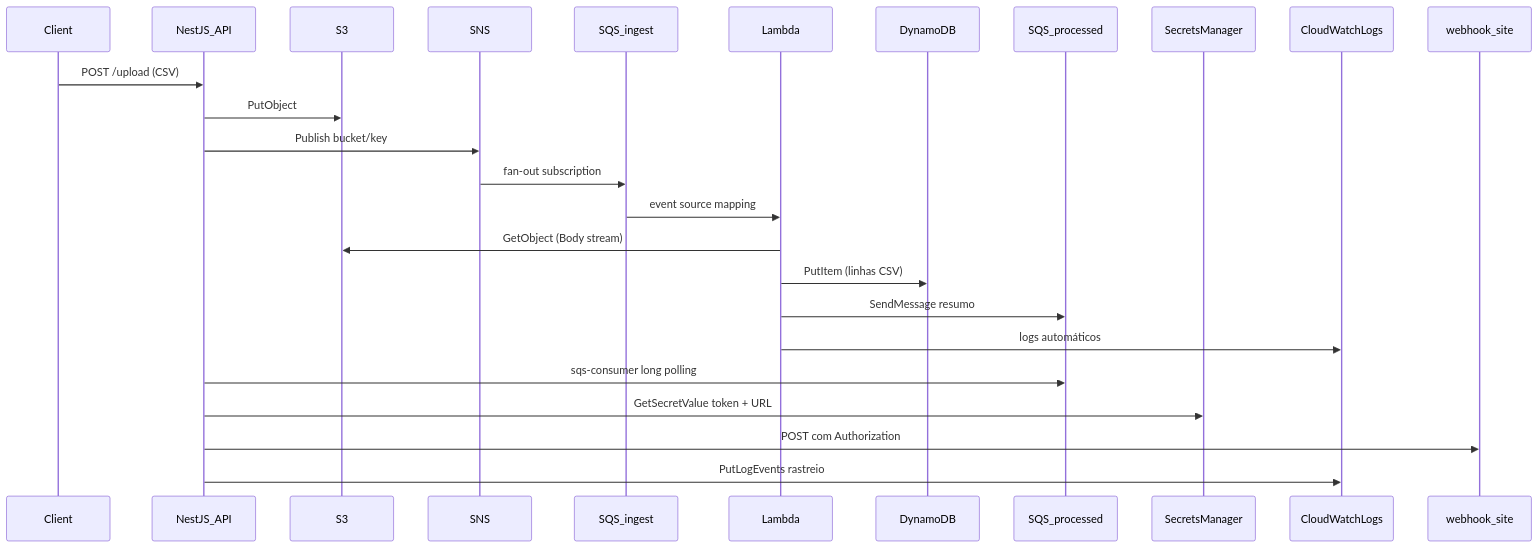
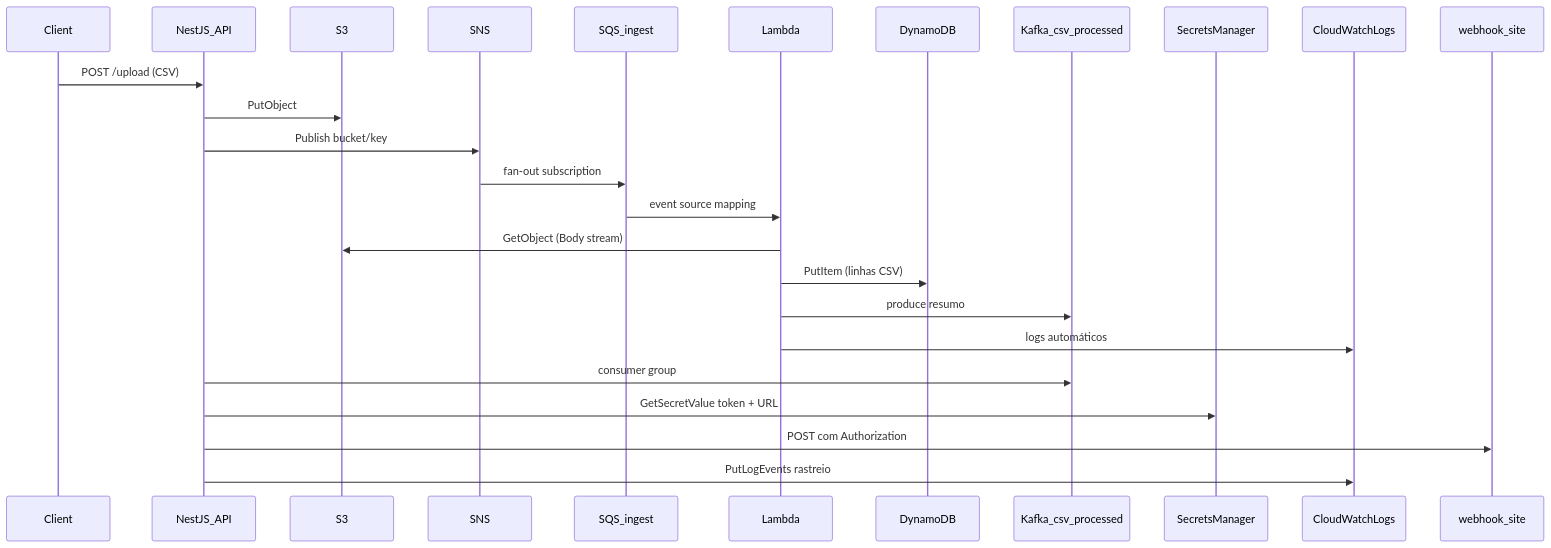
Before and after one commit to ruyfreire/upload-files: the diagram in docs/ARQUITETURA.md, drawn with Mermaid. The commit also changed other lines of this file and 19 other files, not shown here.

Commit message:
Add Docker Compose setup for Apache Kafka KRaft and update API to use Kafka instead of SQS

````diff
--- a/docs/ARQUITETURA.md
+++ b/docs/ARQUITETURA.md
@@ -11,28 +11,28 @@
 ```mermaid
 sequenceDiagram
     participant Client
     participant NestAPI as NestJS_API
     participant S3
     participant SNS
     participant IngestQ as SQS_ingest
     participant Lambda
     participant DDB as DynamoDB
-    participant DoneQ as SQS_processed
+    participant Kafka as Kafka_csv_processed
     participant SM as SecretsManager
     participant CW as CloudWatchLogs
     participant Webhook as webhook_site
 
     Client->>NestAPI: POST /upload (CSV)
     NestAPI->>S3: PutObject
     NestAPI->>SNS: Publish bucket/key
     SNS->>IngestQ: fan-out subscription
     IngestQ->>Lambda: event source mapping
     Lambda->>S3: GetObject (Body stream)
     Lambda->>DDB: PutItem (linhas CSV)
-    Lambda->>DoneQ: SendMessage resumo
+    Lambda->>Kafka: produce resumo
     Lambda->>CW: logs automáticos
-    NestAPI->>DoneQ: sqs-consumer long polling
+    NestAPI->>Kafka: consumer group
     NestAPI->>SM: GetSecretValue token + URL
     NestAPI->>Webhook: POST com Authorization
     NestAPI->>CW: PutLogEvents rastreio
 ```
````
